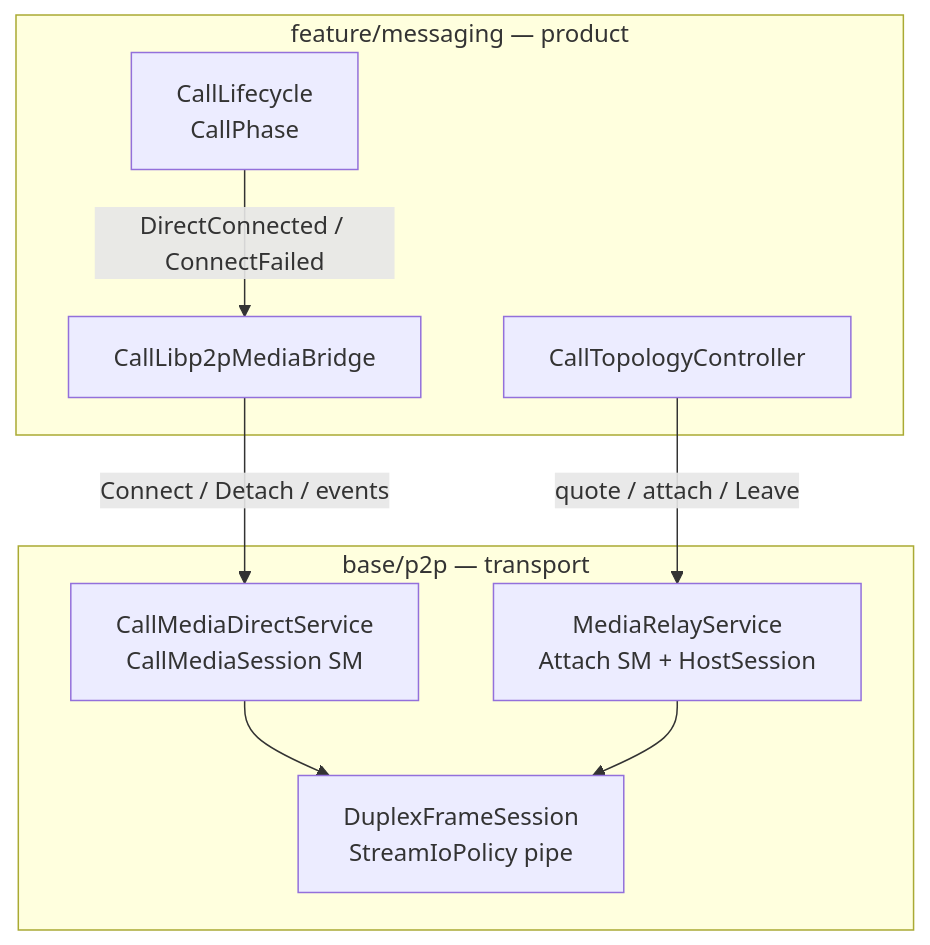
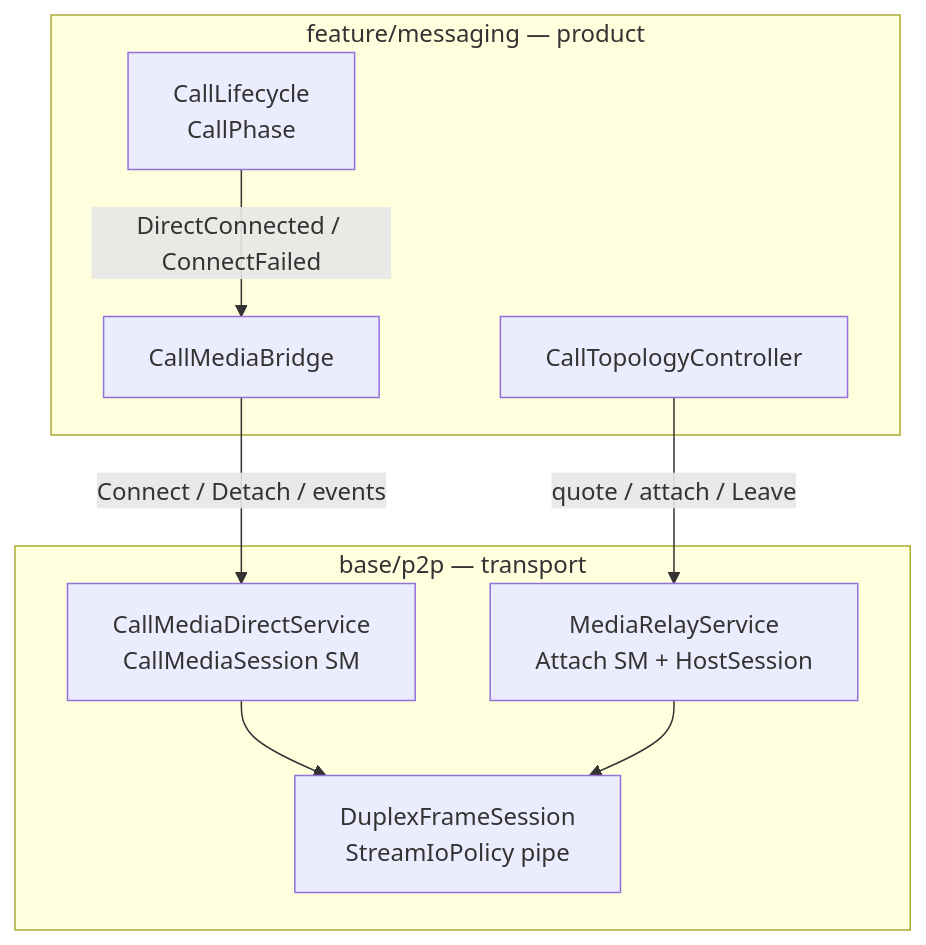
Before and after one commit to people-post/pp-browser: the first of 2 diagrams in projects/p2p-av-calls/SESSION_MACHINES.md, drawn with Mermaid. The commit also changed other lines of this file and 290 other files, not shown here.

````diff
--- a/projects/p2p-av-calls/SESSION_MACHINES.md
+++ b/projects/p2p-av-calls/SESSION_MACHINES.md
@@ -49,18 +49,18 @@
 ```mermaid
 flowchart TB
   subgraph feature [feature/messaging — product]
     Life[CallLifecycle<br/>CallPhase]
-    Bridge[CallLibp2pMediaBridge]
+    Bridge[CallMediaBridge]
     Topo[CallTopologyController]
   end
   subgraph host [base/p2p — transport]
     CM[CallMediaDirectService<br/>CallMediaSession SM]
     MR[MediaRelayService<br/>Attach SM + HostSession]
     Frame[DuplexFrameSession<br/>StreamIoPolicy pipe]
   end
   Life -->|"DirectConnected / ConnectFailed"| Bridge
   Bridge -->|"Connect / Detach / events"| CM
   Topo -->|"quote / attach / Leave"| MR
   CM --> Frame
   MR --> Frame
 ```
````
